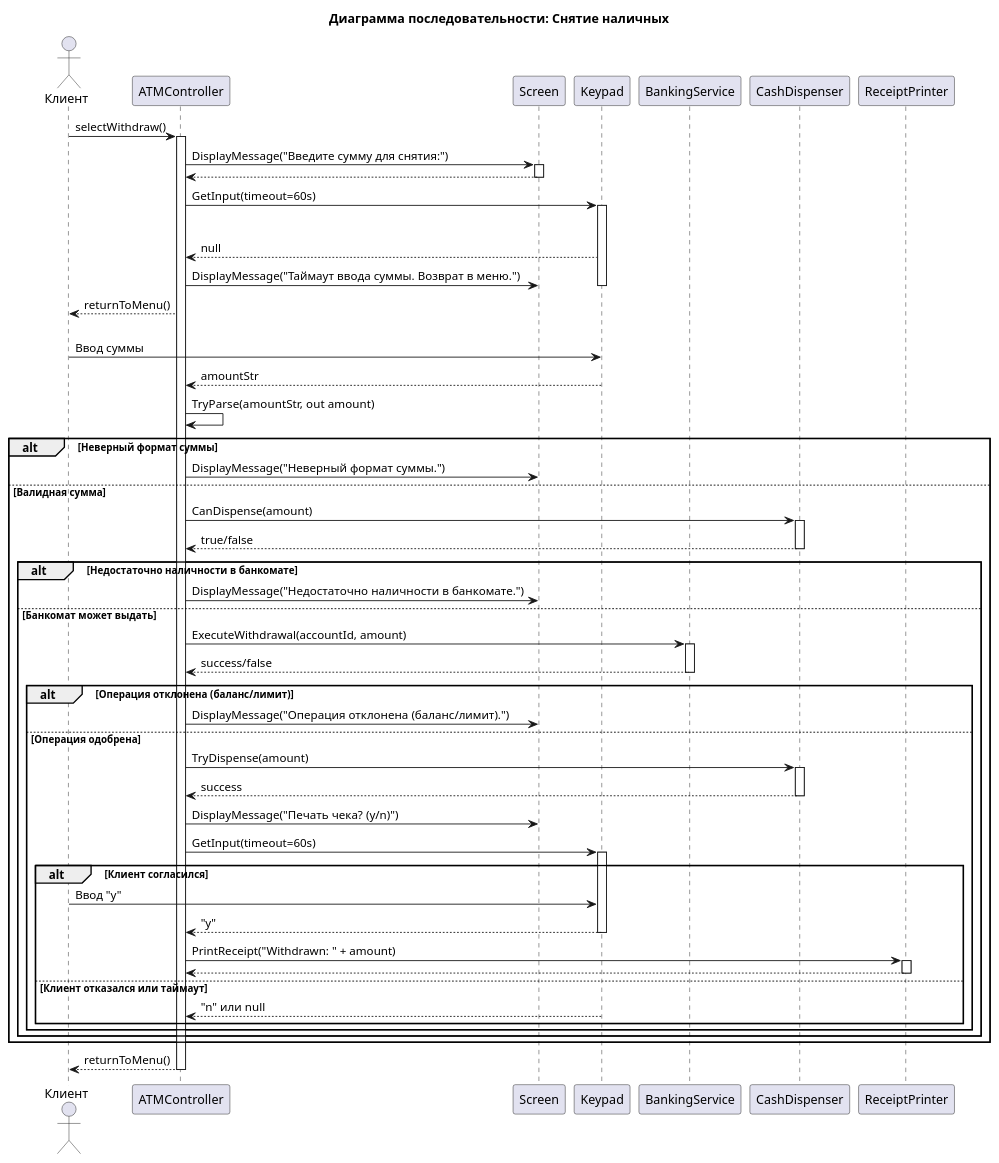
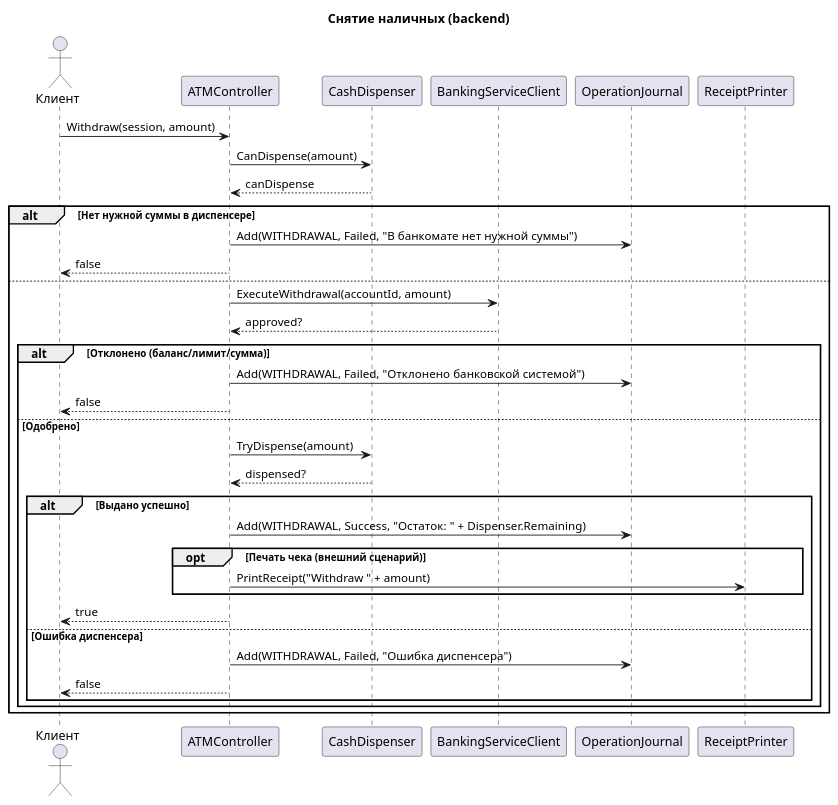
Before and after one commit to penamarth/bsbo-16-23_team5_var1_atm: the diagram in Прецеденты/Снять наличные/sequence_diagram.puml, drawn with PlantUML. The commit also changed 22 other files, not shown here.

```diff
--- a/Прецеденты/Снять наличные/sequence_diagram.puml
+++ b/Прецеденты/Снять наличные/sequence_diagram.puml
@@ -1,84 +1,40 @@
 @startuml
-title Диаграмма последовательности: Снятие наличных
+title Снятие наличных (backend)
+actor Клиент as Client
+participant ATMController as Controller
+participant CashDispenser as Dispenser
+participant BankingServiceClient as Banking
+participant OperationJournal as Journal
+participant ReceiptPrinter as Printer
 
-actor "Клиент" as Client
-participant "ATMController" as Controller
-participant "Screen" as Screen
-participant "Keypad" as Keypad
-participant "BankingService" as Banking
-participant "CashDispenser" as Dispenser
-participant "ReceiptPrinter" as Printer
+Client -> Controller: Withdraw(session, amount)
+Controller -> Dispenser: CanDispense(amount)
+Dispenser --> Controller: canDispense
 
-Client -> Controller: selectWithdraw()
-activate Controller
+alt Нет нужной суммы в диспенсере
+    Controller -> Journal: Add(WITHDRAWAL, Failed, "В банкомате нет нужной суммы")
+    Controller --> Client: false
+else
+    Controller -> Banking: ExecuteWithdrawal(accountId, amount)
+    Banking --> Controller: approved?
 
-Controller -> Screen: DisplayMessage("Введите сумму для снятия:")
-activate Screen
-Screen --> Controller:
-deactivate Screen
+    alt Отклонено (баланс/лимит/сумма)
+        Controller -> Journal: Add(WITHDRAWAL, Failed, "Отклонено банковской системой")
+        Controller --> Client: false
+    else Одобрено
+        Controller -> Dispenser: TryDispense(amount)
+        Dispenser --> Controller: dispensed?
 
-Controller -> Keypad: GetInput(timeout=60s)
-activate Keypad
-
-alt Таймаут ввода суммы
-    Keypad --> Controller: null
-    Controller -> Screen: DisplayMessage("Таймаут ввода суммы. Возврат в меню.")
-    deactivate Keypad
-    Controller --> Client: returnToMenu()
-else Введена сумма
-    Client -> Keypad: Ввод суммы
-    Keypad --> Controller: amountStr
-    deactivate Keypad
-
-Controller -> Controller: TryParse(amountStr, out amount)
-
-alt Неверный формат суммы
-    Controller -> Screen: DisplayMessage("Неверный формат суммы.")
-else Валидная сумма
-    Controller -> Dispenser: CanDispense(amount)
-    activate Dispenser
-    Dispenser --> Controller: true/false
-    deactivate Dispenser
-    
-    alt Недостаточно наличности в банкомате
-        Controller -> Screen: DisplayMessage("Недостаточно наличности в банкомате.")
-    else Банкомат может выдать
-        Controller -> Banking: ExecuteWithdrawal(accountId, amount)
-        activate Banking
-        Banking --> Controller: success/false
-        deactivate Banking
-        
-        alt Операция отклонена (баланс/лимит)
-            Controller -> Screen: DisplayMessage("Операция отклонена (баланс/лимит).")
-        else Операция одобрена
-            Controller -> Dispenser: TryDispense(amount)
-            activate Dispenser
-            Dispenser --> Controller: success
-            deactivate Dispenser
-            
-            ' --- Предложение печати чека ---
-            Controller -> Screen: DisplayMessage("Печать чека? (y/n)")
-            Controller -> Keypad: GetInput(timeout=60s)
-            activate Keypad
-            
-            alt Клиент согласился
-                Client -> Keypad: Ввод "y"
-                Keypad --> Controller: "y"
-                deactivate Keypad
-                
-                Controller -> Printer: PrintReceipt("Withdrawn: " + amount)
-                activate Printer
-                Printer --> Controller
-                deactivate Printer
-            else Клиент отказался или таймаут
-                Keypad --> Controller: "n" или null
-                deactivate Keypad
+        alt Выдано успешно
+            Controller -> Journal: Add(WITHDRAWAL, Success, "Остаток: " + Dispenser.Remaining)
+            opt Печать чека (внешний сценарий)
+                Controller -> Printer: PrintReceipt("Withdraw " + amount)
             end
+            Controller --> Client: true
+        else Ошибка диспенсера
+            Controller -> Journal: Add(WITHDRAWAL, Failed, "Ошибка диспенсера")
+            Controller --> Client: false
         end
     end
 end
-
-Controller --> Client: returnToMenu()
-deactivate Controller
-
 @enduml
```
